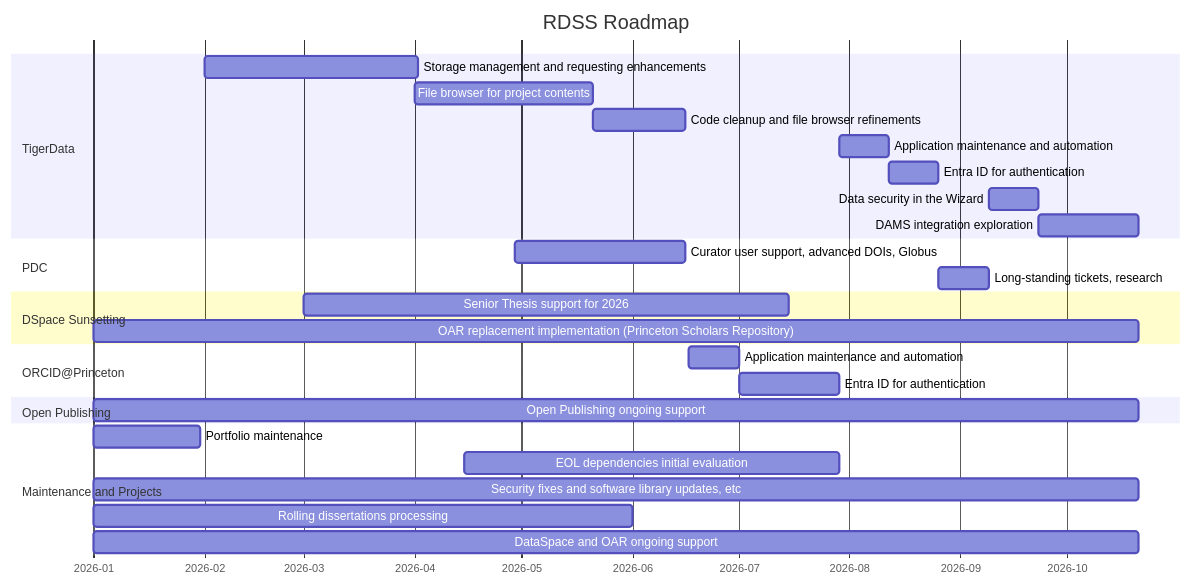
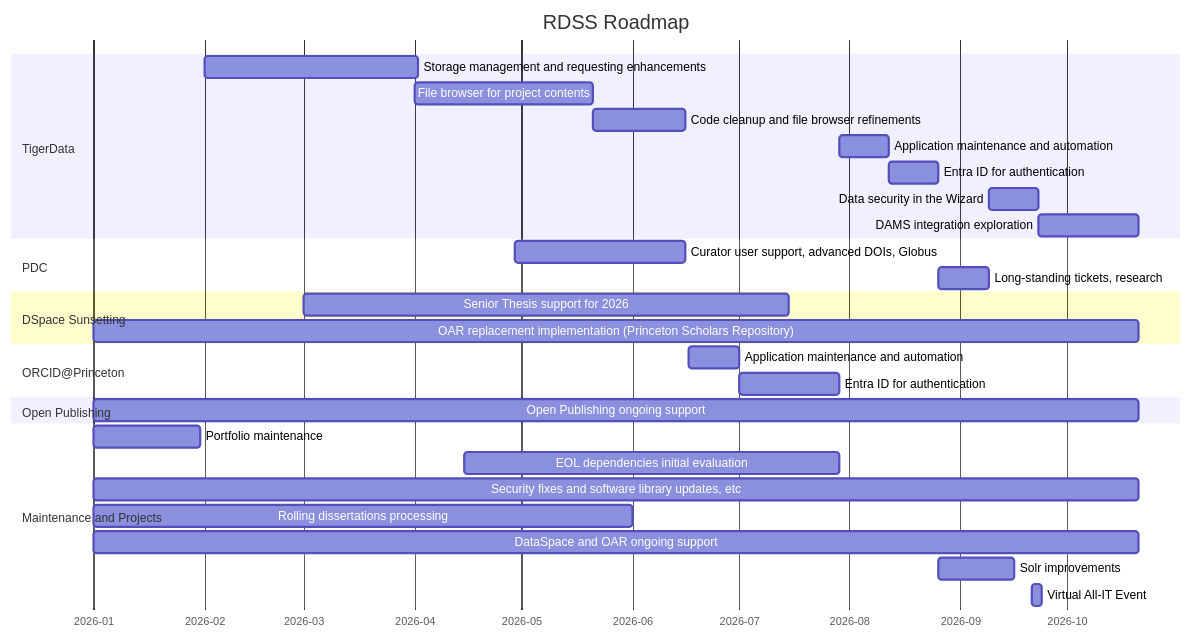
Before and after one commit to pulibrary/rdss-handbook: the diagram in roadmap.md, drawn with Mermaid.

Commit message:
Updated roadmap (#383)

````diff
--- a/roadmap.md
+++ b/roadmap.md
@@ -5,37 +5,39 @@
 ```mermaid
 gantt
     title RDSS Roadmap
     axisFormat  %Y-%m
     dateformat YYYY-MM
 
     section TigerData
     Storage management and requesting enhancements: td1, 2026-02-01, 60d
     File browser for project contents: td2, 2026-04-01, 50d
     Code cleanup and file browser refinements: td3, 2026-05-21, 26d
     Application maintenance and automation: td4,2026-07-29, 14d
     Entra ID for authentication: td4,2026-08-12, 14d
     Data security in the Wizard: td5,2026-09-09, 14d
     DAMS integration exploration: td5,2026-09-23, 28d
 
     section PDC
     Curator user support, advanced DOIs, Globus: pdc1, 2026-04-29, 48d
     Long-standing tickets, research: pdc2, 2026-08-26, 14d
 
     section DSpace Sunsetting
     Senior Thesis support for 2026: dsp3, 2026-03-01, 136d
     OAR replacement implementation (Princeton Scholars Repository): dsps5, 2026-01-01, 293d
 
     section ORCID@Princeton
     Application maintenance and automation: orc1,2026-06-17, 14d
     Entra ID for authentication: orc1,2026-07-01, 28d
 
     section Open Publishing
     Open Publishing ongoing support: dsp3,2026-01-01, 293d
 
     section Maintenance and Projects
     Portfolio maintenance: 2026-01-01, 30d
     EOL dependencies initial evaluation: 2026-04-15,105d
     Security fixes and software library updates, etc: dsp1,2026-01-01, 293d
     Rolling dissertations processing: dsp2,2026-01-01, 151d
     DataSpace and OAR ongoing support: dsp3,2026-01-01, 293d
+    Solr improvements: dsp4,2026-08-26, 21d
+    Virtual All-IT Event: dsp5,2026-09-21, 3d
 ```
````
